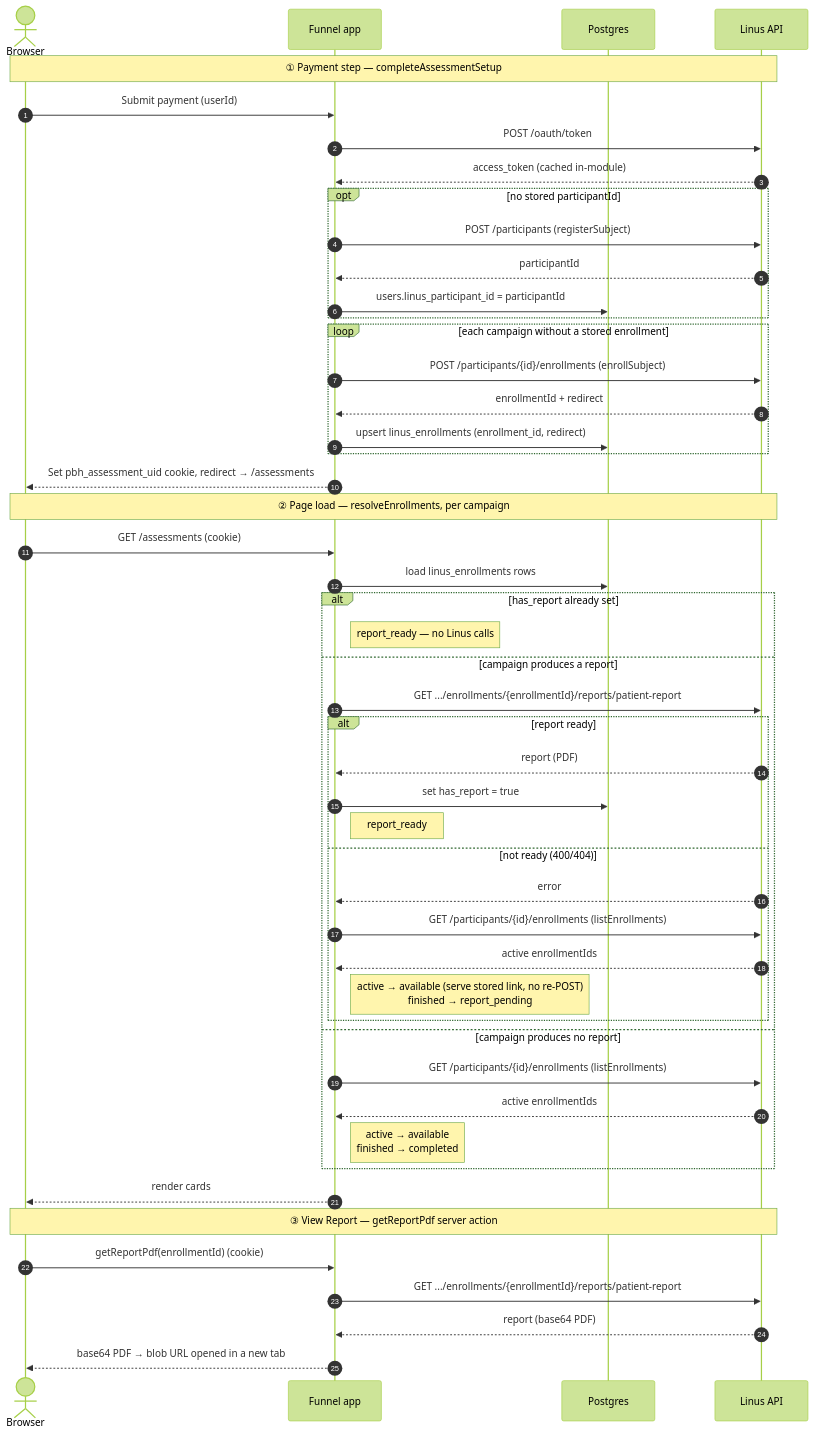
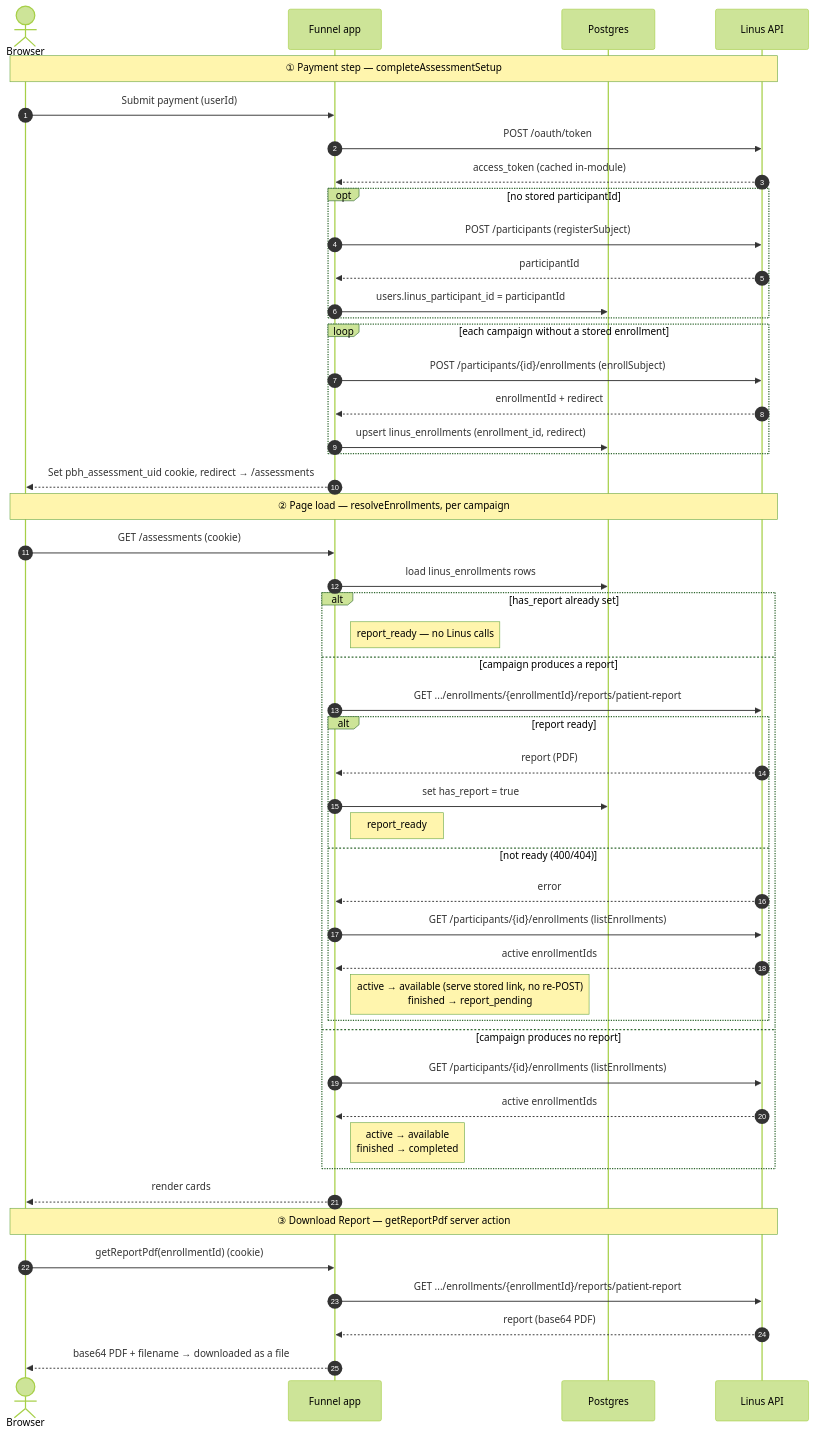
The diagram in docs/linus/api-integration.md (dbates-commits/primary-brain-health), drawn with Mermaid (forest theme) before and after one commit. The commit also changed other lines of this file and 2 other files, not shown here.

First line of the commit message:
feat(funnel): download the report PDF instead of opening it in a tab

````diff
--- a/docs/linus/api-integration.md
+++ b/docs/linus/api-integration.md
@@ -23,54 +23,54 @@
 ```mermaid
 sequenceDiagram
   autonumber
   actor B as Browser
   participant A as Funnel app
   participant DB as Postgres
   participant L as Linus API
 
   Note over B,L: ① Payment step — completeAssessmentSetup
   B->>A: Submit payment (userId)
   A->>L: POST /oauth/token
   L-->>A: access_token (cached in-module)
   opt no stored participantId
     A->>L: POST /participants (registerSubject)
     L-->>A: participantId
     A->>DB: users.linus_participant_id = participantId
   end
   loop each campaign without a stored enrollment
     A->>L: POST /participants/{id}/enrollments (enrollSubject)
     L-->>A: enrollmentId + redirect
     A->>DB: upsert linus_enrollments (enrollment_id, redirect)
   end
   A-->>B: Set pbh_assessment_uid cookie, redirect → /assessments
 
   Note over B,L: ② Page load — resolveEnrollments, per campaign
   B->>A: GET /assessments (cookie)
   A->>DB: load linus_enrollments rows
   alt has_report already set
     Note right of A: report_ready — no Linus calls
   else campaign produces a report
     A->>L: GET .../enrollments/{enrollmentId}/reports/patient-report
     alt report ready
       L-->>A: report (PDF)
       A->>DB: set has_report = true
       Note right of A: report_ready
     else not ready (400/404)
       L-->>A: error
       A->>L: GET /participants/{id}/enrollments (listEnrollments)
       L-->>A: active enrollmentIds
       Note right of A: active → available (serve stored link, no re-POST)<br/>finished → report_pending
     end
   else campaign produces no report
     A->>L: GET /participants/{id}/enrollments (listEnrollments)
     L-->>A: active enrollmentIds
     Note right of A: active → available<br/>finished → completed
   end
   A-->>B: render cards
 
-  Note over B,L: ③ View Report — getReportPdf server action
+  Note over B,L: ③ Download Report — getReportPdf server action
   B->>A: getReportPdf(enrollmentId) (cookie)
   A->>L: GET .../enrollments/{enrollmentId}/reports/patient-report
   L-->>A: report (base64 PDF)
-  A-->>B: base64 PDF → blob URL opened in a new tab
+  A-->>B: base64 PDF + filename → downloaded as a file
 ```
````
